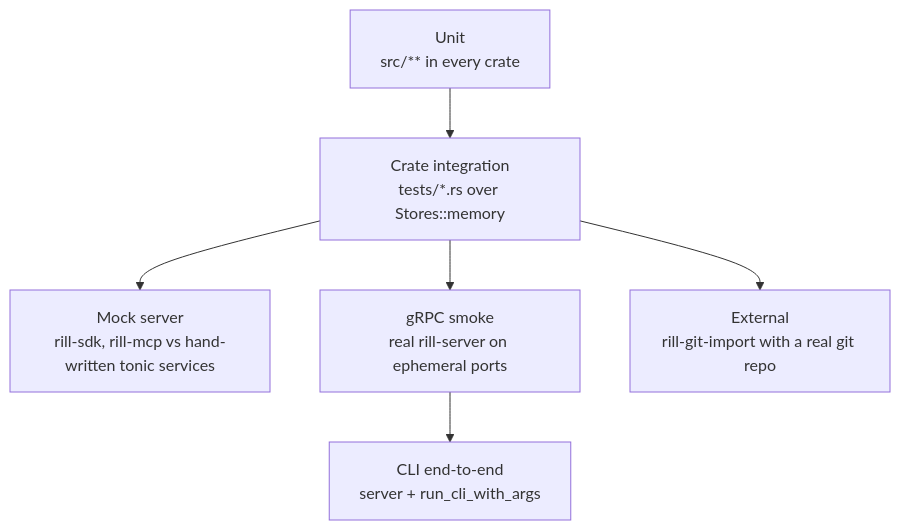
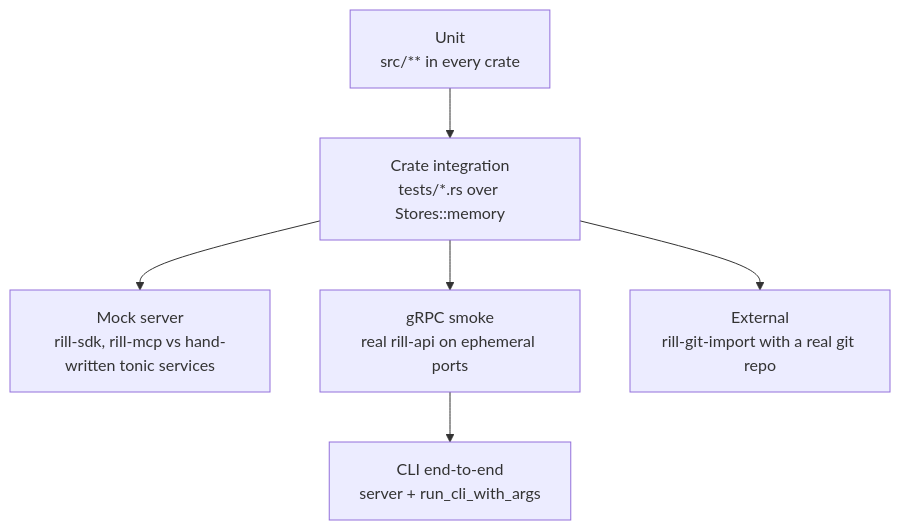
The diagram in architecture/09-engineering/testing.md (envoy1084/rill), drawn with Mermaid before and after one commit. The commit also changed other lines of this file and 116 other files, not shown here.

First line of the commit message:
api,cli: rename rill-server to rill-api; rill dev and rill api replace the server binary

````diff
--- a/architecture/09-engineering/testing.md
+++ b/architecture/09-engineering/testing.md
@@ -12,8 +12,8 @@
 ```mermaid
 flowchart TD
     U[Unit<br/>src/** in every crate] --> I[Crate integration<br/>tests/*.rs over Stores::memory]
     I --> M[Mock server<br/>rill-sdk, rill-mcp vs hand-written tonic services]
-    I --> G[gRPC smoke<br/>real rill-server on ephemeral ports]
+    I --> G[gRPC smoke<br/>real rill-api on ephemeral ports]
     G --> E[CLI end-to-end<br/>server + run_cli_with_args]
     I --> X[External<br/>rill-git-import with a real git repo]
 ```
````
